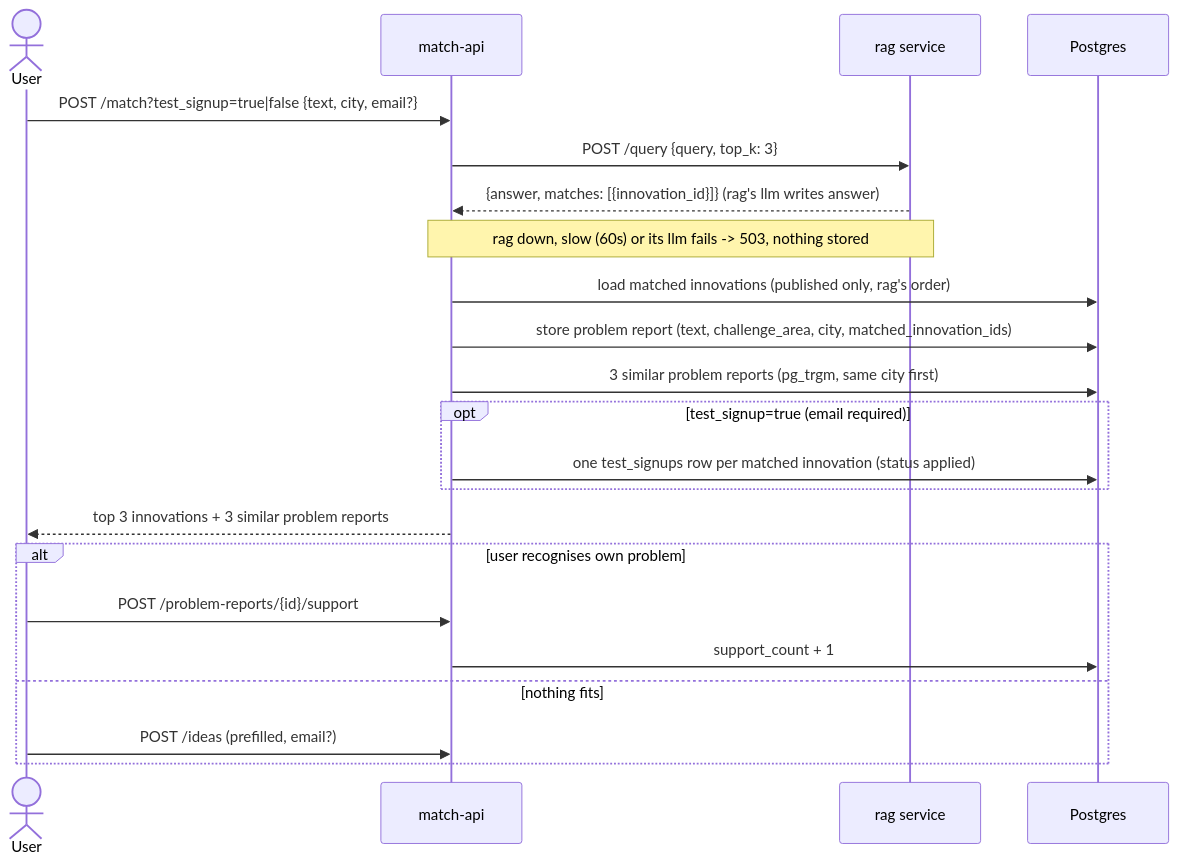
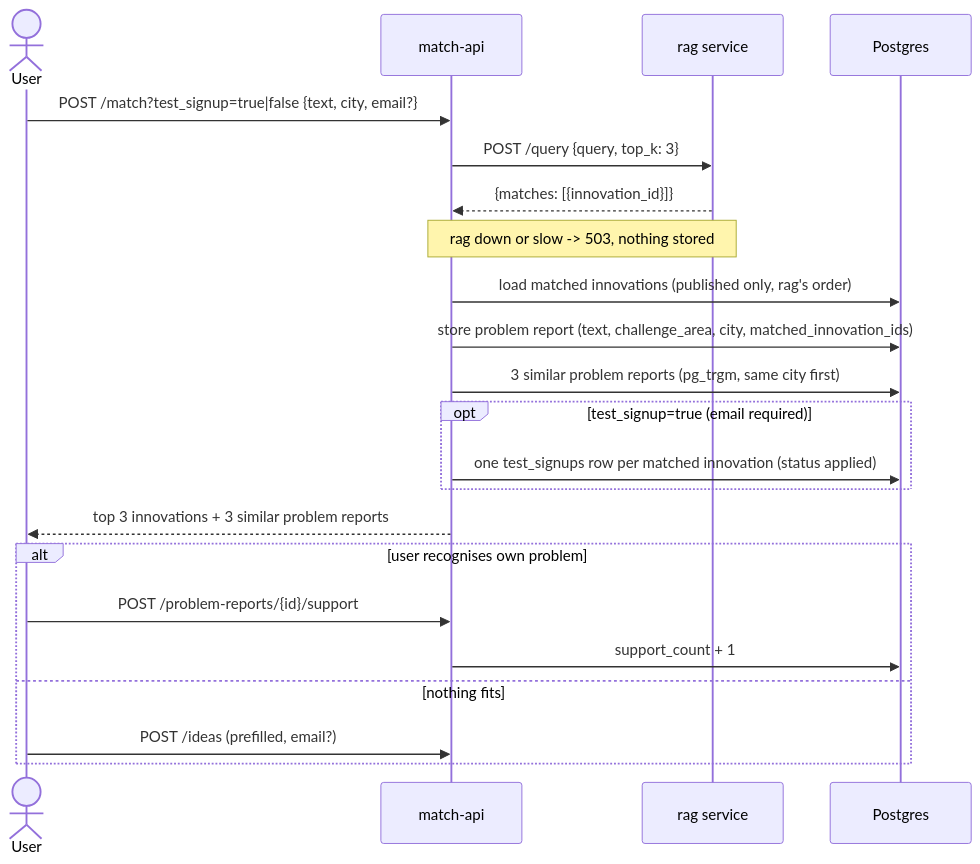
Before and after one commit to DziadBud/HackYeah2026: the third of 4 diagrams in documentation/backend/architecture.md, drawn with Mermaid. The commit also changed other lines of this file and 3 other files, not shown here.

````diff
--- a/documentation/backend/architecture.md
+++ b/documentation/backend/architecture.md
@@ -98,25 +97,25 @@
 ```mermaid
 sequenceDiagram
     actor User
     participant API as match-api
     participant RAG as rag service
     participant DB as Postgres
 
     User->>API: POST /match?test_signup=true|false {text, city, email?}
     API->>RAG: POST /query {query, top_k: 3}
-    RAG-->>API: {answer, matches: [{innovation_id}]} (rag's llm writes answer)
-    Note over API,RAG: rag down, slow (60s) or its llm fails -> 503, nothing stored
+    RAG-->>API: {matches: [{innovation_id}]}
+    Note over API,RAG: rag down or slow -> 503, nothing stored
     API->>DB: load matched innovations (published only, rag's order)
     API->>DB: store problem report (text, challenge_area, city, matched_innovation_ids)
     API->>DB: 3 similar problem reports (pg_trgm, same city first)
     opt test_signup=true (email required)
         API->>DB: one test_signups row per matched innovation (status applied)
     end
     API-->>User: top 3 innovations + 3 similar problem reports
     alt user recognises own problem
         User->>API: POST /problem-reports/{id}/support
         API->>DB: support_count + 1
     else nothing fits
         User->>API: POST /ideas (prefilled, email?)
     end
 ```
````
